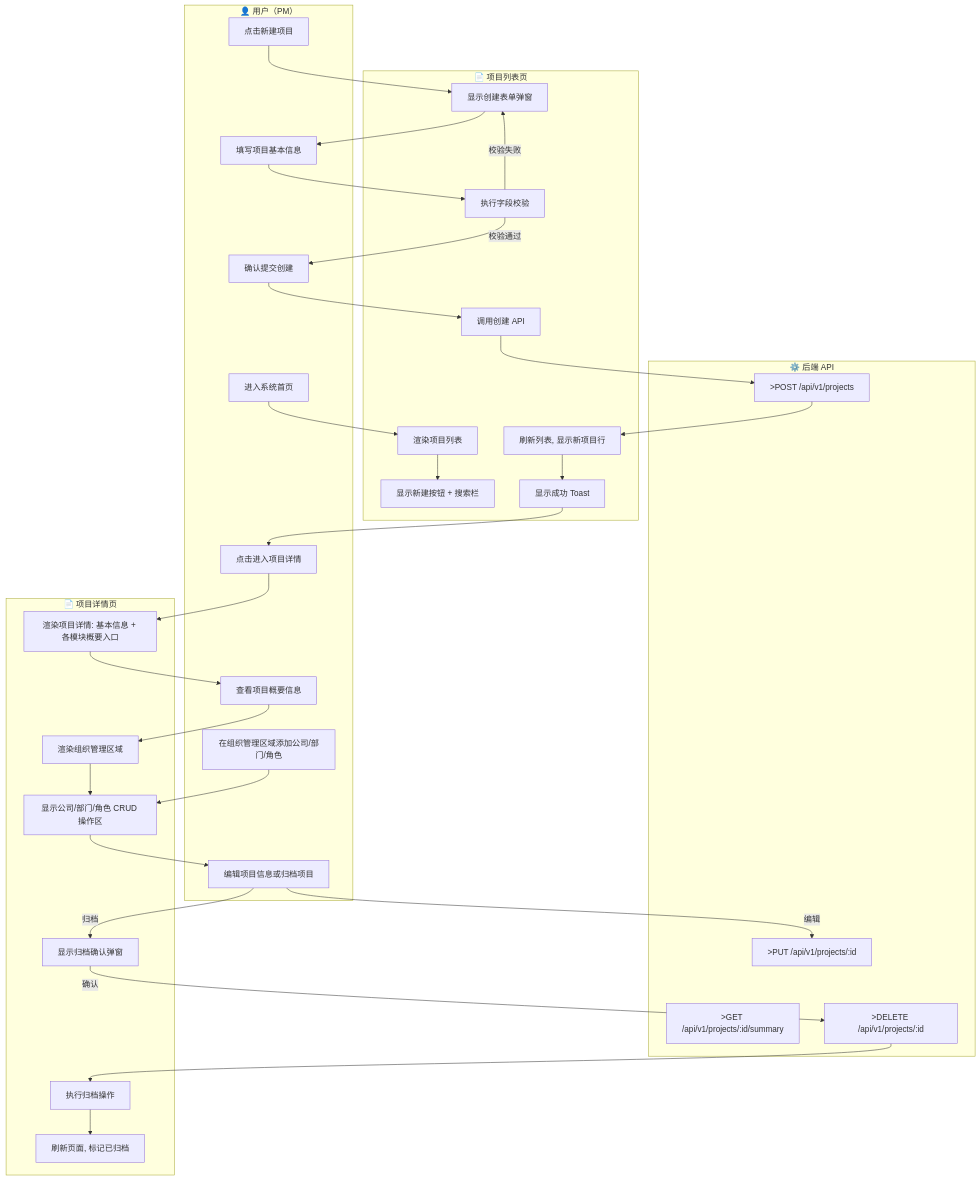
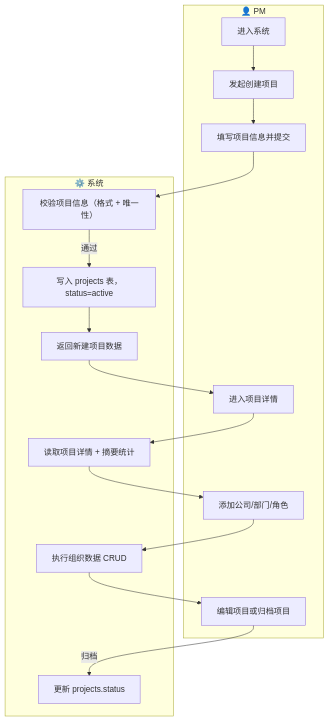
Before and after one commit to kai-cui1/ai-prototype-manager: the first of 3 diagrams in docs/03-prd-ux/modules/project-management/project-management-prd.md, drawn with Mermaid. The commit also changed other lines of this file and 144 other files, not shown here.

````diff
--- a/docs/03-prd-ux/modules/project-management/project-management-prd.md
+++ b/docs/03-prd-ux/modules/project-management/project-management-prd.md
@@ -77,63 +80,32 @@
 ```mermaid
 flowchart TD
-    subgraph User["👤 用户（PM）"]
-        U1["进入系统首页"]
-        U2["点击新建项目"]
-        U3["填写项目基本信息"]
-        U4["确认提交创建"]
-        U5["点击进入项目详情"]
-        U6["在组织管理区域添加公司/部门/角色"]
-        U7["查看项目概要信息"]
-        U8["编辑项目信息或归档项目"]
+    subgraph Actor["👤 PM"]
+        U1["进入系统"]
+        U2["发起创建项目"]
+        U3["填写项目信息并提交"]
+        U4["进入项目详情"]
+        U5["添加公司/部门/角色"]
+        U6["编辑项目或归档项目"]
     end
 
-    subgraph Page_ProjectList["📄 项目列表页"]
-        P1["渲染项目列表"]
-        P2["显示新建按钮 + 搜索栏"]
-        P3["显示创建表单弹窗"]
-        P4["执行字段校验"]
-        P5["调用创建 API"]
-        P6["刷新列表, 显示新项目行"]
-        P7["显示成功 Toast"]
+    subgraph System["⚙️ 系统"]
+        S1["校验项目信息（格式 + 唯一性）"]
+        S2["写入 projects 表，status=active"]
+        S3["返回新建项目数据"]
+        S4["读取项目详情 + 摘要统计"]
+        S5["执行组织数据 CRUD"]
+        S6["更新 projects.status"]
     end
 
-    subgraph Page_ProjectDetail["📄 项目详情页"]
-        D1["渲染项目详情: 基本信息 + 各模块概要入口"]
-        D2["渲染组织管理区域"]
-        D3["显示公司/部门/角色 CRUD 操作区"]
-        D4["显示归档确认弹窗"]
-        D5["执行归档操作"]
-        D6["刷新页面, 标记已归档"]
-    end
-
-    subgraph API["⚙️ 后端 API"]
-        A1[">POST /api/v1/projects"]
-        A2[">GET /api/v1/projects/:id/summary"]
-        A3[">PUT /api/v1/projects/:id"]
-        A4[">DELETE /api/v1/projects/:id"]
-    end
-
-    U1 --> P1
-    P1 --> P2
-    U2 --> P3
-    P3 --> U3
-    U3 --> P4
-    P4 --> |校验通过| U4
-    P4 --> |校验失败| P3
-    U4 --> P5
-    P5 --> A1
-    A1 --> P6
-    P6 --> P7
-    P7 --> U5
-    U5 --> D1
-    D1 --> U7
-    U7 --> D2
-    D2 --> D3
-    U6 --> D3
-    D3 --> U8
-    U8 --> |编辑| A3
-    U8 --> |归档| D4
-    D4 --> |确认| A4
-    A4 --> D5
-    D5 --> D6
+    U1 --> U2
+    U2 --> U3
+    U3 --> S1
+    S1 --> |通过| S2
+    S2 --> S3
+    S3 --> U4
+    U4 --> S4
+    S4 --> U5
+    U5 --> S5
+    S5 --> U6
+    U6 --> |归档| S6
 ```
````
